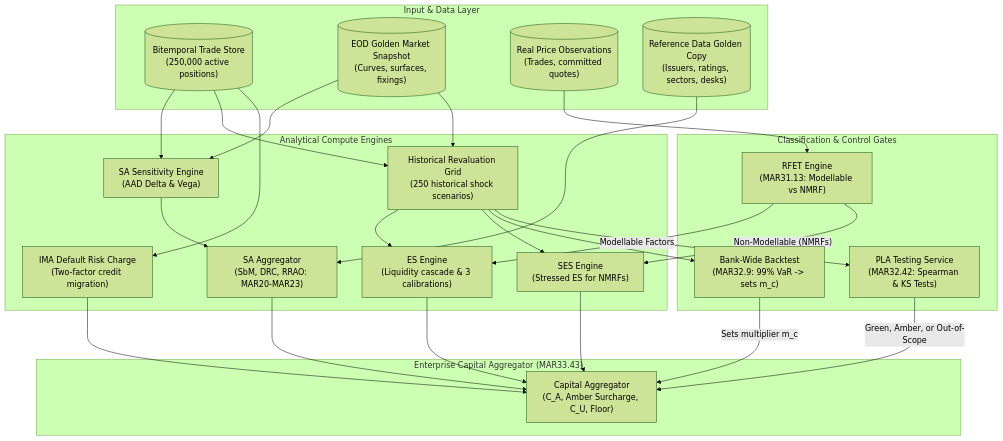
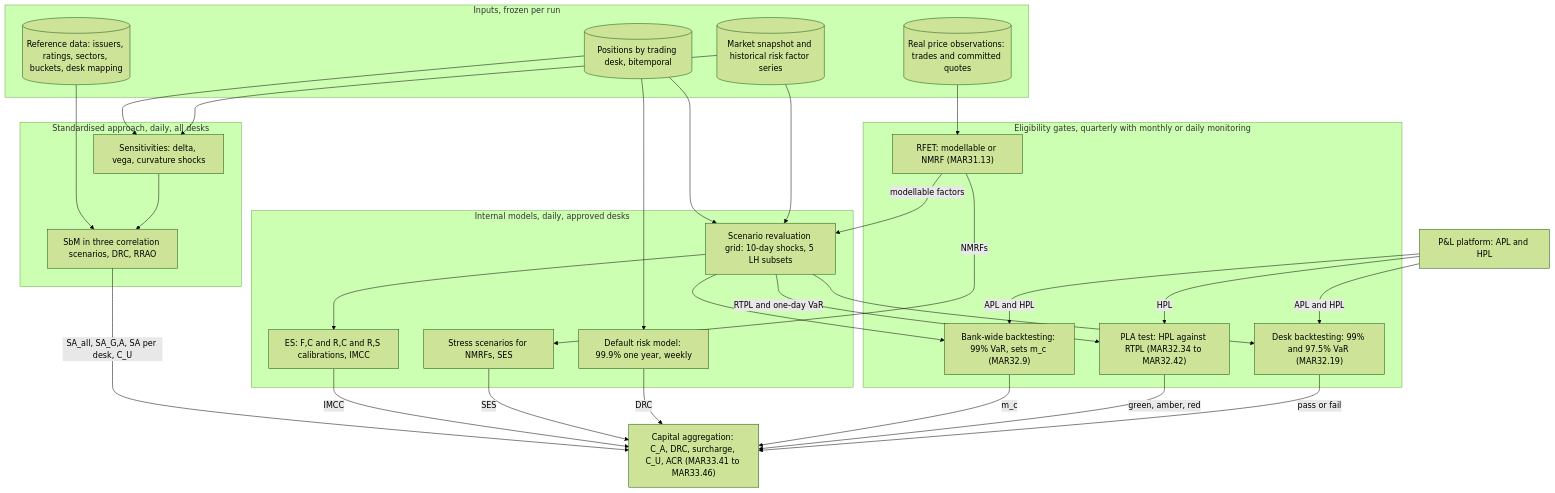
The first of 3 diagrams in 18-Pricing-and-Risk-Systems/10-FRTB-Engine.md (shreejitverma/The-Quant-Prep), drawn with Mermaid (forest theme) before and after one commit. The commit also changed other lines of this file and 13 other files, not shown here.

First line of the commit message:
fix(18-Pricing-and-Risk-Systems): verify notes 07-12 and their code against primary sources (#68)

````diff
--- a/18-Pricing-and-Risk-Systems/10-FRTB-Engine.md
+++ b/18-Pricing-and-Risk-Systems/10-FRTB-Engine.md
@@ -34,53 +34,51 @@
 ```mermaid
 flowchart TB
-    subgraph InputTier["Input & Data Layer"]
-        Trades[("Bitemporal Trade Store\n(250,000 active positions)")]
-        MarketSnap[("EOD Golden Market Snapshot\n(Curves, surfaces, fixings)")]
-        RealPrices[("Real Price Observations\n(Trades, committed quotes)")]
-        RefData[("Reference Data Golden Copy\n(Issuers, ratings, sectors, desks)")]
+    subgraph InputTier["Inputs, frozen per run"]
+        Trades[("Positions by trading desk, bitemporal")]
+        MarketSnap[("Market snapshot and historical risk factor series")]
+        RealPrices[("Real price observations: trades and committed quotes")]
+        RefData[("Reference data: issuers, ratings, sectors, buckets, desk mapping")]
     end
-
-    subgraph EligibilityLayer["Classification & Control Gates"]
-        RFETEngine["RFET Engine\n(MAR31.13: Modellable vs NMRF)"]
-        PLAEngine["PLA Testing Service\n(MAR32.42: Spearman & KS Tests)"]
-        BankBacktest["Bank-Wide Backtest\n(MAR32.9: 99% VaR -> sets m_c)"]
+    subgraph Gates["Eligibility gates, quarterly with monthly or daily monitoring"]
+        RFETEngine["RFET: modellable or NMRF (MAR31.13)"]
+        PLAEngine["PLA test: HPL against RTPL (MAR32.34 to MAR32.42)"]
+        DeskBT["Desk backtesting: 99% and 97.5% VaR (MAR32.19)"]
+        BankBT["Bank-wide backtesting: 99% VaR, sets m_c (MAR32.9)"]
     end
-
-    subgraph CapitalEngines["Analytical Compute Engines"]
-        SensWorker["SA Sensitivity Engine\n(AAD Delta & Vega)"]
-        SAEngine["SA Aggregator\n(SbM, DRC, RRAO: MAR20-MAR23)"]
-        RevalGrid["Historical Revaluation Grid\n(250 historical shock scenarios)"]
-        ESEngine["ES Engine\n(Liquidity cascade & 3 calibrations)"]
-        SESEngine["SES Engine\n(Stressed ES for NMRFs)"]
-        IDRCEngine["IMA Default Risk Charge\n(Two-factor credit migration)"]
+    subgraph SA["Standardised approach, daily, all desks"]
+        SensWorker["Sensitivities: delta, vega, curvature shocks"]
+        SAEngine["SbM in three correlation scenarios, DRC, RRAO"]
     end
-
-    subgraph CapitalAggregator["Enterprise Capital Aggregator (MAR33.43)"]
-        Agg["Capital Aggregator\n(C_A, Amber Surcharge, C_U, Floor)"]
+    subgraph IMA["Internal models, daily, approved desks"]
+        RevalGrid["Scenario revaluation grid: 10-day shocks, 5 LH subsets"]
+        ESEngine["ES: F,C and R,C and R,S calibrations, IMCC"]
+        SESEngine["Stress scenarios for NMRFs, SES"]
+        IDRCEngine["Default risk model: 99.9% one year, weekly"]
     end
-
+    PnL["P&L platform: APL and HPL"]
+    Agg["Capital aggregation: C_A, DRC, surcharge, C_U, ACR (MAR33.41 to MAR33.46)"]
     Trades --> SensWorker
     MarketSnap --> SensWorker
+    RefData --> SAEngine
     SensWorker --> SAEngine
-    RefData --> SAEngine
-
     Trades --> RevalGrid
     MarketSnap --> RevalGrid
     RealPrices --> RFETEngine
-
-    RFETEngine -->|"Modellable Factors"| ESEngine
-    RFETEngine -->|"Non-Modellable (NMRFs)"| SESEngine
+    RFETEngine -->|"modellable factors"| RevalGrid
+    RFETEngine -->|"NMRFs"| SESEngine
     RevalGrid --> ESEngine
-    RevalGrid --> SESEngine
+    RevalGrid -->|"RTPL and one-day VaR"| PLAEngine
+    RevalGrid --> DeskBT
+    RevalGrid --> BankBT
+    PnL -->|"HPL"| PLAEngine
+    PnL -->|"APL and HPL"| DeskBT
+    PnL -->|"APL and HPL"| BankBT
     Trades --> IDRCEngine
-
-    RevalGrid --> BankBacktest
-    RevalGrid --> PLAEngine
-    BankBacktest -->|"Sets multiplier m_c"| Agg
-    PLAEngine -->|"Green, Amber, or Out-of-Scope"| Agg
-
-    SAEngine --> Agg
-    ESEngine --> Agg
-    SESEngine --> Agg
-    IDRCEngine --> Agg
+    SAEngine -->|"SA_all, SA_G,A, SA per desk, C_U"| Agg
+    ESEngine -->|"IMCC"| Agg
+    SESEngine -->|"SES"| Agg
+    IDRCEngine -->|"DRC"| Agg
+    BankBT -->|"m_c"| Agg
+    PLAEngine -->|"green, amber, red"| Agg
+    DeskBT -->|"pass or fail"| Agg
 ```
````
